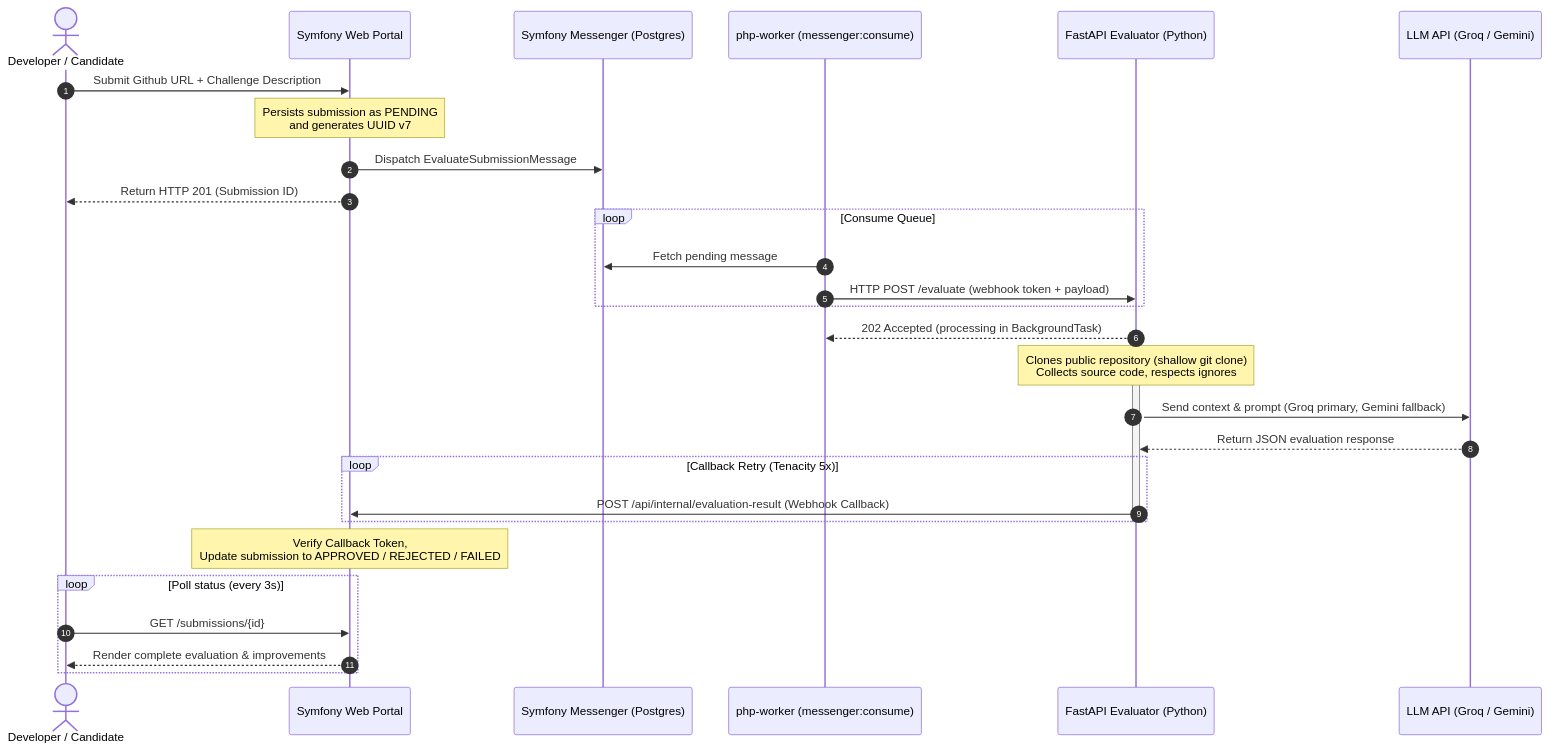
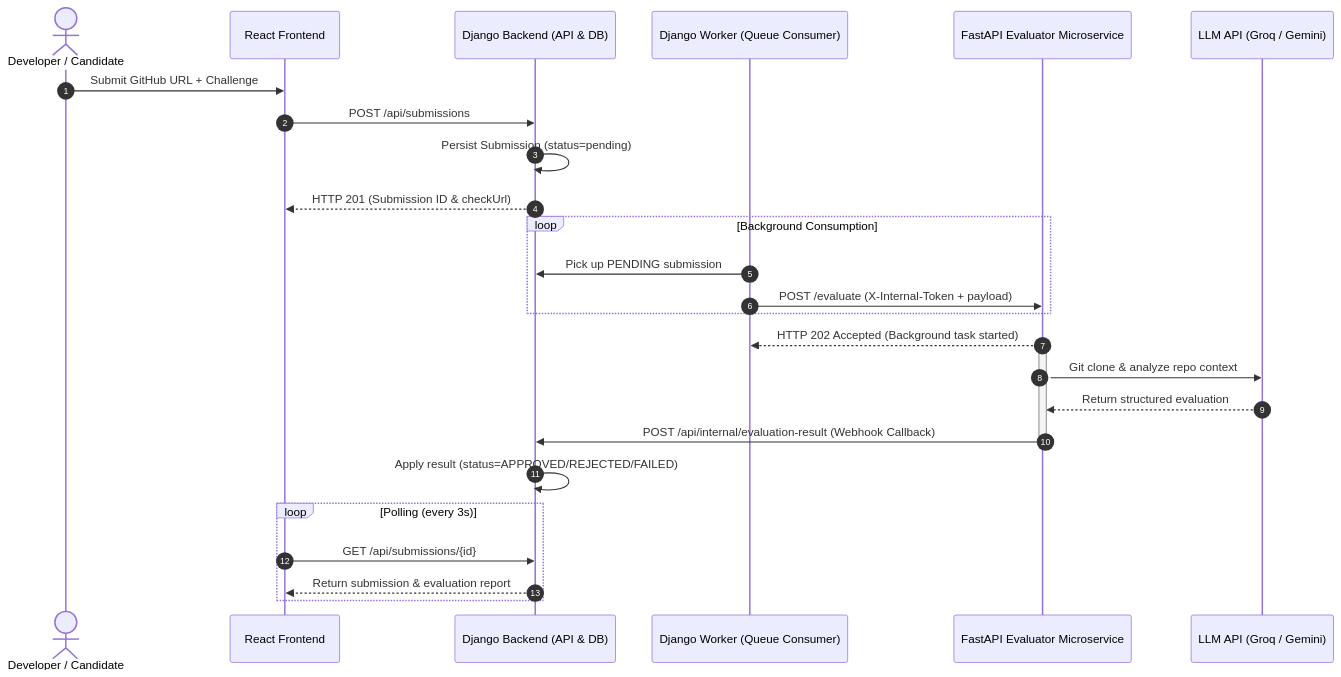
Before and after one commit to gabrielcjr/technical_challenge_reviewer: the diagram in README.md, drawn with Mermaid. The commit also changed other lines of this file and 1 other file, not shown here.

Commit message:
ci: update GitHub Actions workflow, documentation, and environment template for Django stack

````diff
--- a/README.md
+++ b/README.md
@@ -23,38 +22,34 @@
 ```mermaid
 sequenceDiagram
     autonumber
     actor User as Developer / Candidate
-    participant Portal as Symfony Web Portal
-    participant Queue as Symfony Messenger (Postgres)
-    participant Worker as php-worker (messenger:consume)
-    participant Evaluator as FastAPI Evaluator (Python)
+    participant SPA as React Frontend
+    participant Django as Django Backend (API & DB)
+    participant Worker as Django Worker (Queue Consumer)
+    participant Evaluator as FastAPI Evaluator Microservice
     participant LLM as LLM API (Groq / Gemini)
 
-    User->>Portal: Submit Github URL + Challenge Description
-    Note over Portal: Persists submission as PENDING<br/>and generates UUID v7
-    Portal->>Queue: Dispatch EvaluateSubmissionMessage
-    Portal-->>User: Return HTTP 201 (Submission ID)
+    User->>SPA: Submit GitHub URL + Challenge
+    SPA->>Django: POST /api/submissions
+    Django->>Django: Persist Submission (status=pending)
+    Django-->>SPA: HTTP 201 (Submission ID & checkUrl)
 
-    loop Consume Queue
-        Worker->>Queue: Fetch pending message
-        Worker->>Evaluator: HTTP POST /evaluate (webhook token + payload)
+    loop Background Consumption
+        Worker->>Django: Pick up PENDING submission
+        Worker->>Evaluator: POST /evaluate (X-Internal-Token + payload)
     end
-    Evaluator-->>Worker: 202 Accepted (processing in BackgroundTask)
+    Evaluator-->>Worker: HTTP 202 Accepted (Background task started)
 
     activate Evaluator
-    Note over Evaluator: Clones public repository (shallow git clone)<br/>Collects source code, respects ignores
-    Evaluator->>LLM: Send context & prompt (Groq primary, Gemini fallback)
-    LLM-->>Evaluator: Return JSON evaluation response
-    
-    loop Callback Retry (Tenacity 5x)
-        Evaluator->>Portal: POST /api/internal/evaluation-result (Webhook Callback)
-    end
+    Evaluator->>LLM: Git clone & analyze repo context
+    LLM-->>Evaluator: Return structured evaluation
+    Evaluator->>Django: POST /api/internal/evaluation-result (Webhook Callback)
     deactivate Evaluator
 
-    Note over Portal: Verify Callback Token,<br/>Update submission to APPROVED / REJECTED / FAILED
+    Django->>Django: Apply result (status=APPROVED/REJECTED/FAILED)
     
-    loop Poll status (every 3s)
-        User->>Portal: GET /submissions/{id}
-        Portal-->>User: Render complete evaluation & improvements
+    loop Polling (every 3s)
+        SPA->>Django: GET /api/submissions/{id}
+        Django-->>SPA: Return submission & evaluation report
     end
 ```
````
